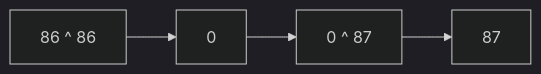
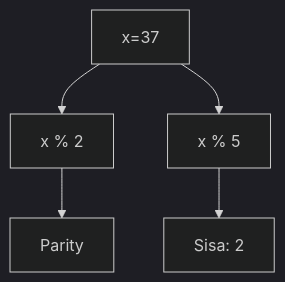
Before and after one commit to amnahwaida/OSNK_INF_PREP: diagram 19 of 25 in part-c-pemahaman-cpp/06-bitwise/latihan/set-05.md, drawn with Mermaid (dark theme). The commit also changed other lines of this file and 71 other files, not shown here.

````diff
--- a/part-c-pemahaman-cpp/06-bitwise/latihan/set-05.md
+++ b/part-c-pemahaman-cpp/06-bitwise/latihan/set-05.md
@@ -500,6 +573,7 @@
 ```mermaid
-graph LR
-    A["86 ^ 86"] --> B[0]
-    B --> C["0 ^ 87"]
-    C --> D["87"]
+graph TD
+A[x=37] --> B[x % 2]
+B --> C[Parity]
+A --> D[x % 5]
+D --> E[Sisa: 2]
 ```
````
